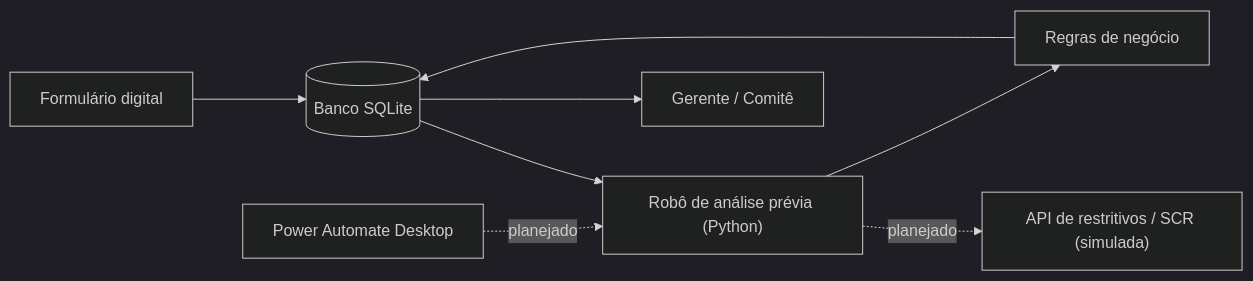
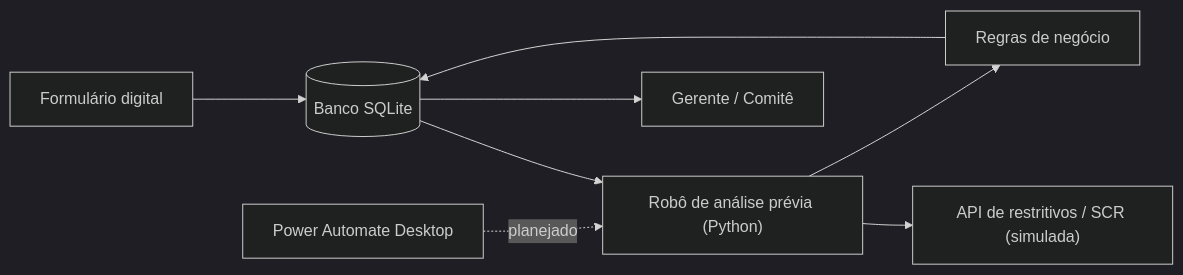
One commit to BernardoGFerrao/analise-credito-automacao changed the first of 2 diagrams in README.md. Above: the diagram before and after it, drawn with Mermaid (dark theme). The commit also changed other lines of this file, not shown here.

Commit message:
docs: atualiza README com API simulada e ambiente virtual

````diff
--- a/README.md
+++ b/README.md
@@ -71,10 +73,10 @@
 ```mermaid
 flowchart LR
     F["Formulário digital"] --> DB[("Banco SQLite")]
     DB --> R["Robô de análise prévia (Python)"]
-    R -. planejado .-> API["API de restritivos / SCR (simulada)"]
+    R --> API["API de restritivos / SCR (simulada)"]
     R --> REG["Regras de negócio"]
     REG --> DB
     PAD["Power Automate Desktop"] -. planejado .-> R
     DB --> G["Gerente / Comitê"]
 ```
````
